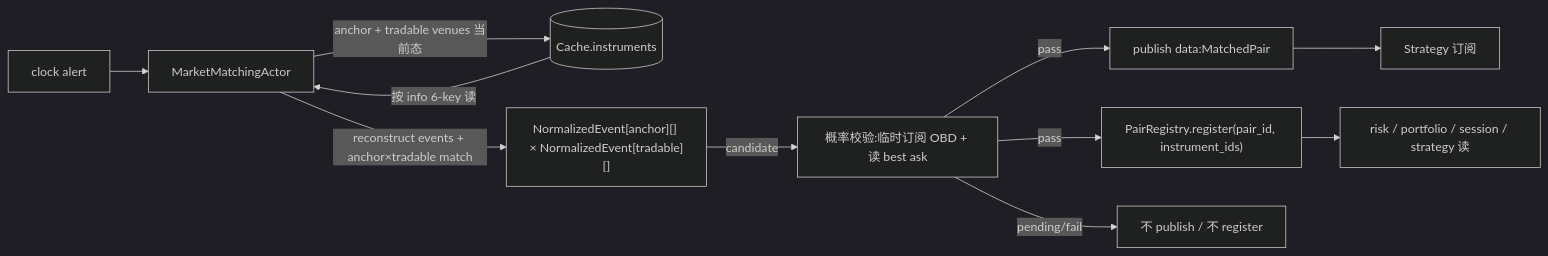
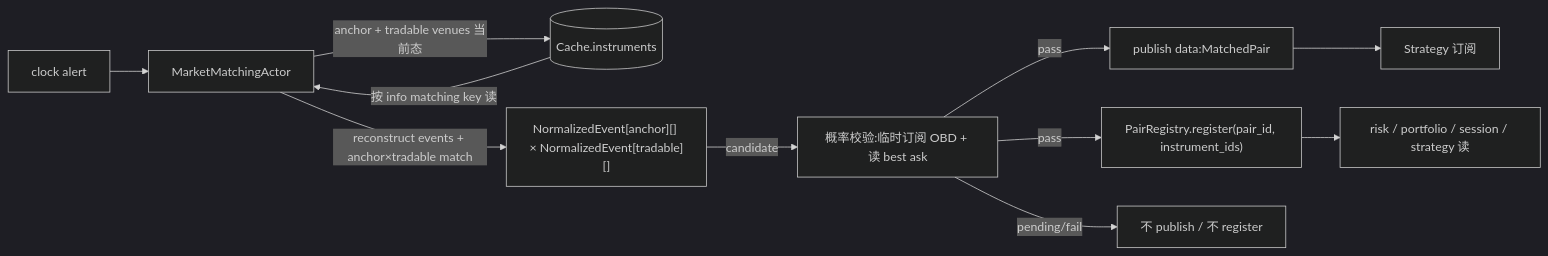
The first of 2 diagrams in docs/arbitrage/architectures/matching/architecture.md (psnewer/nautilus_trader), drawn with Mermaid (dark theme) before and after one commit. The commit also changed other lines of this file and 54 other files, not shown here.

````diff
--- a/docs/arbitrage/architectures/matching/architecture.md
+++ b/docs/arbitrage/architectures/matching/architecture.md
@@ -38,13 +38,13 @@
 ```mermaid
 flowchart LR
   T["clock alert"] --> MA[MarketMatchingActor]
   MA -->|anchor + tradable venues 当前态| C[(Cache.instruments)]
-  C -->|按 info 6-key 读| MA
+  C -->|按 info matching key 读| MA
   MA -->|reconstruct events + anchor×tradable match| MATCH["NormalizedEvent[anchor][] × NormalizedEvent[tradable][]"]
   MATCH -->|candidate| PV["概率校验:临时订阅 OBD + 读 best ask"]
   PV -->|pass| EV["publish data:MatchedPair"]
   PV -->|pass| REG["PairRegistry.register(pair_id, instrument_ids)"]
   PV -->|pending/fail| HOLD["不 publish / 不 register"]
   REG --> RPS["risk / portfolio / session / strategy 读"]
   EV --> ST[Strategy 订阅]
 ```
````
